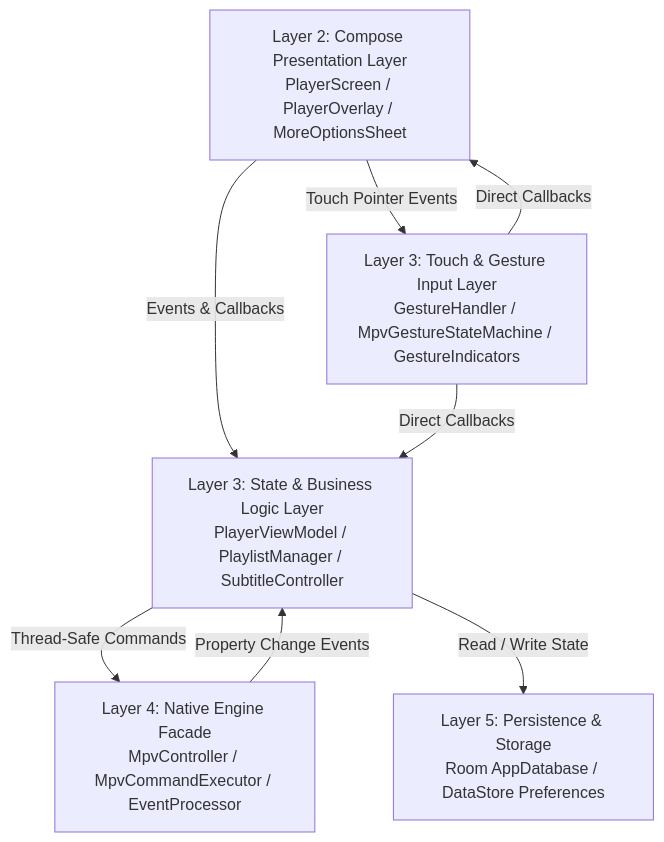
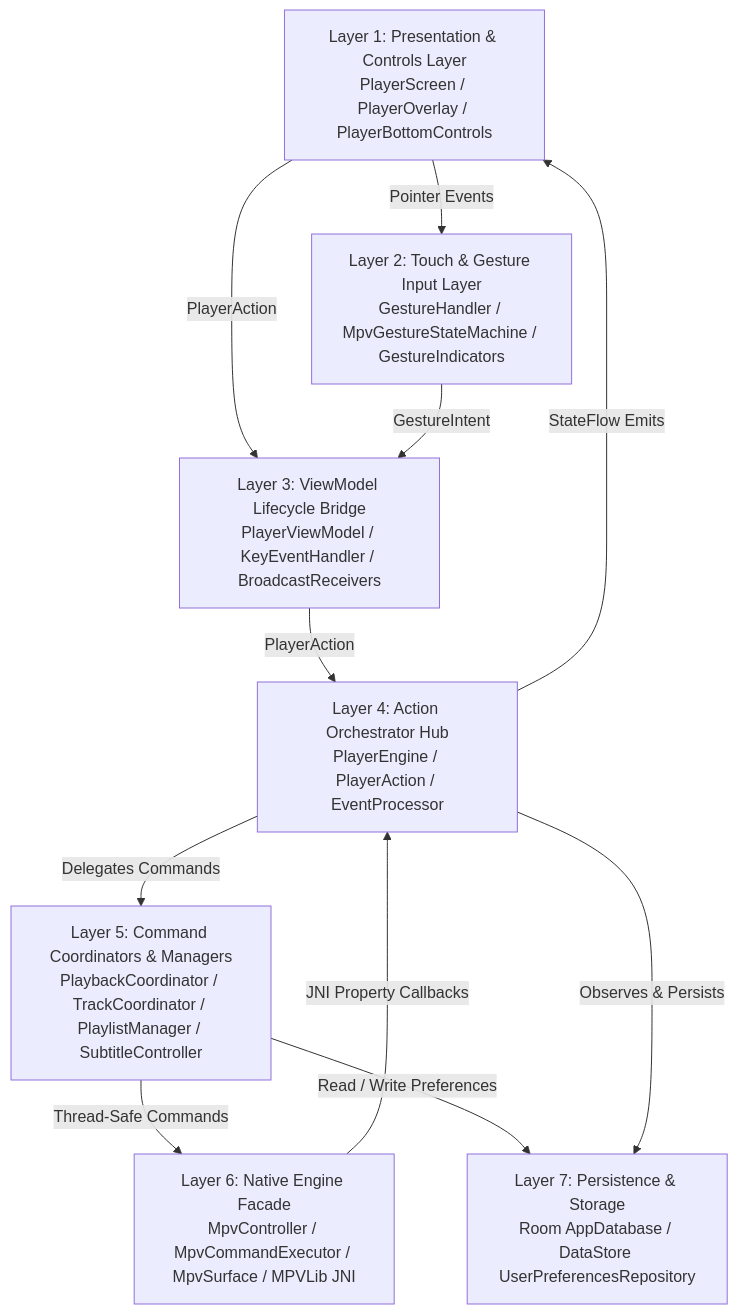
One commit to tapman104/potato-diff-v3 changed the first of 2 diagrams in map.md. Above: the diagram before and after it, drawn with Mermaid. The commit also changed other lines of this file and 1 other file, not shown here.

Commit message:
docs: update architecture documentation to reflect the six-component Phase 1 structural refactor

````diff
--- a/map.md
+++ b/map.md
@@ -157,16 +178,21 @@
 ```mermaid
 graph TD
-    UI[Layer 2: Compose Presentation Layer<br>PlayerScreen / PlayerOverlay / MoreOptionsSheet]
-    GESTURE[Layer 3: Touch & Gesture Input Layer<br>GestureHandler / MpvGestureStateMachine / GestureIndicators]
-    VM[Layer 3: State & Business Logic Layer<br>PlayerViewModel / PlaylistManager / SubtitleController]
-    ENGINE[Layer 4: Native Engine Facade<br>MpvController / MpvCommandExecutor / EventProcessor]
-    DB[Layer 5: Persistence & Storage<br>Room AppDatabase / DataStore Preferences]
+    UI[Layer 1: Presentation & Controls Layer<br>PlayerScreen / PlayerOverlay / PlayerBottomControls]
+    GESTURE[Layer 2: Touch & Gesture Input Layer<br>GestureHandler / MpvGestureStateMachine / GestureIndicators]
+    VM[Layer 3: ViewModel Lifecycle Bridge<br>PlayerViewModel / KeyEventHandler / BroadcastReceivers]
+    ENGINE[Layer 4: Action Orchestrator Hub<br>PlayerEngine / PlayerAction / EventProcessor]
+    COORD[Layer 5: Command Coordinators & Managers<br>PlaybackCoordinator / TrackCoordinator / PlaylistManager / SubtitleController]
+    MPV[Layer 6: Native Engine Facade<br>MpvController / MpvCommandExecutor / MpvSurface / MPVLib JNI]
+    DB[Layer 7: Persistence & Storage<br>Room AppDatabase / DataStore UserPreferencesRepository]
 
-    UI -->|Events & Callbacks| VM
-    UI -->|Touch Pointer Events| GESTURE
-    GESTURE -->|Direct Callbacks| UI
-    GESTURE -->|Direct Callbacks| VM
-    VM -->|Thread-Safe Commands| ENGINE
-    VM -->|Read / Write State| DB
-    ENGINE -->|Property Change Events| VM
+    UI -->|PlayerAction| VM
+    UI -->|Pointer Events| GESTURE
+    GESTURE -->|GestureIntent| VM
+    VM -->|PlayerAction| ENGINE
+    ENGINE -->|Delegates Commands| COORD
+    COORD -->|Thread-Safe Commands| MPV
+    COORD -->|Read / Write Preferences| DB
+    ENGINE -->|Observes & Persists| DB
+    MPV -->|JNI Property Callbacks| ENGINE
+    ENGINE -->|StateFlow Emits| UI
 ```
````
